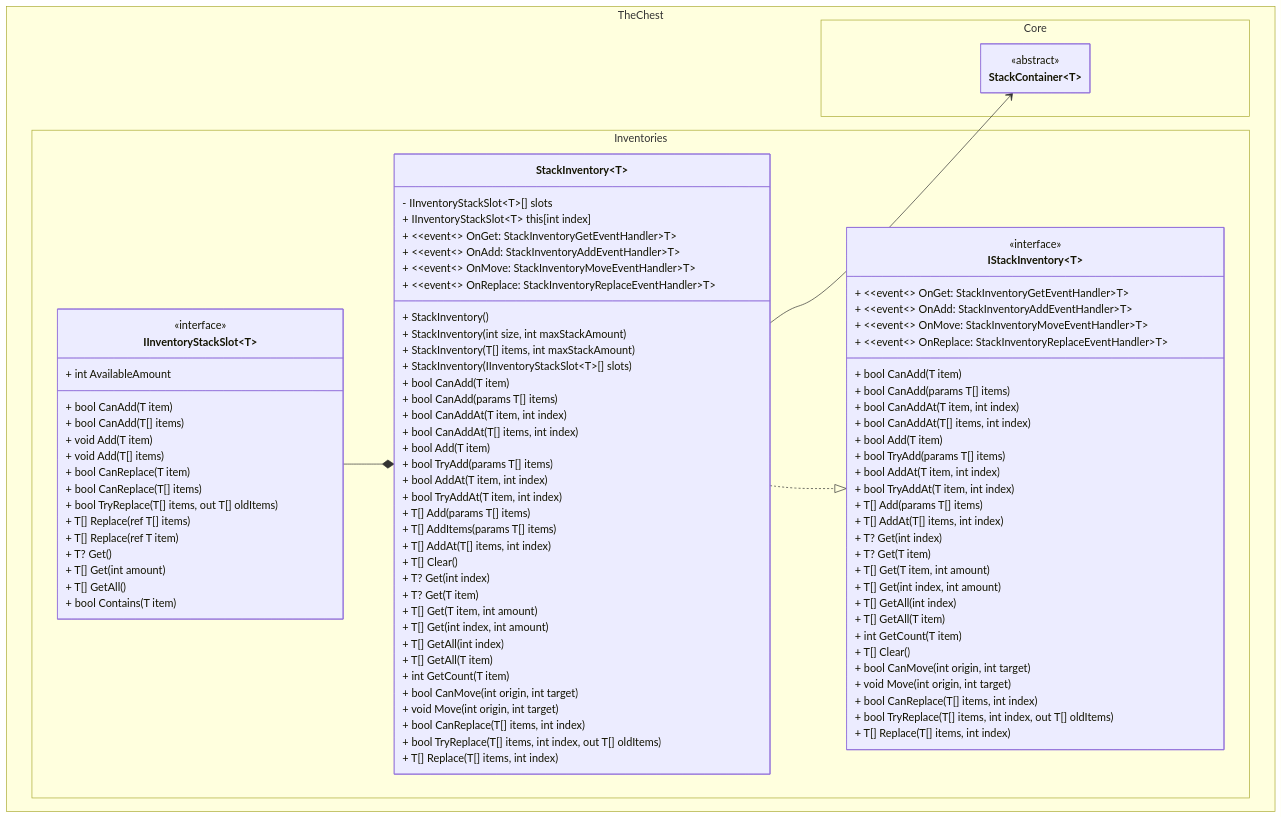
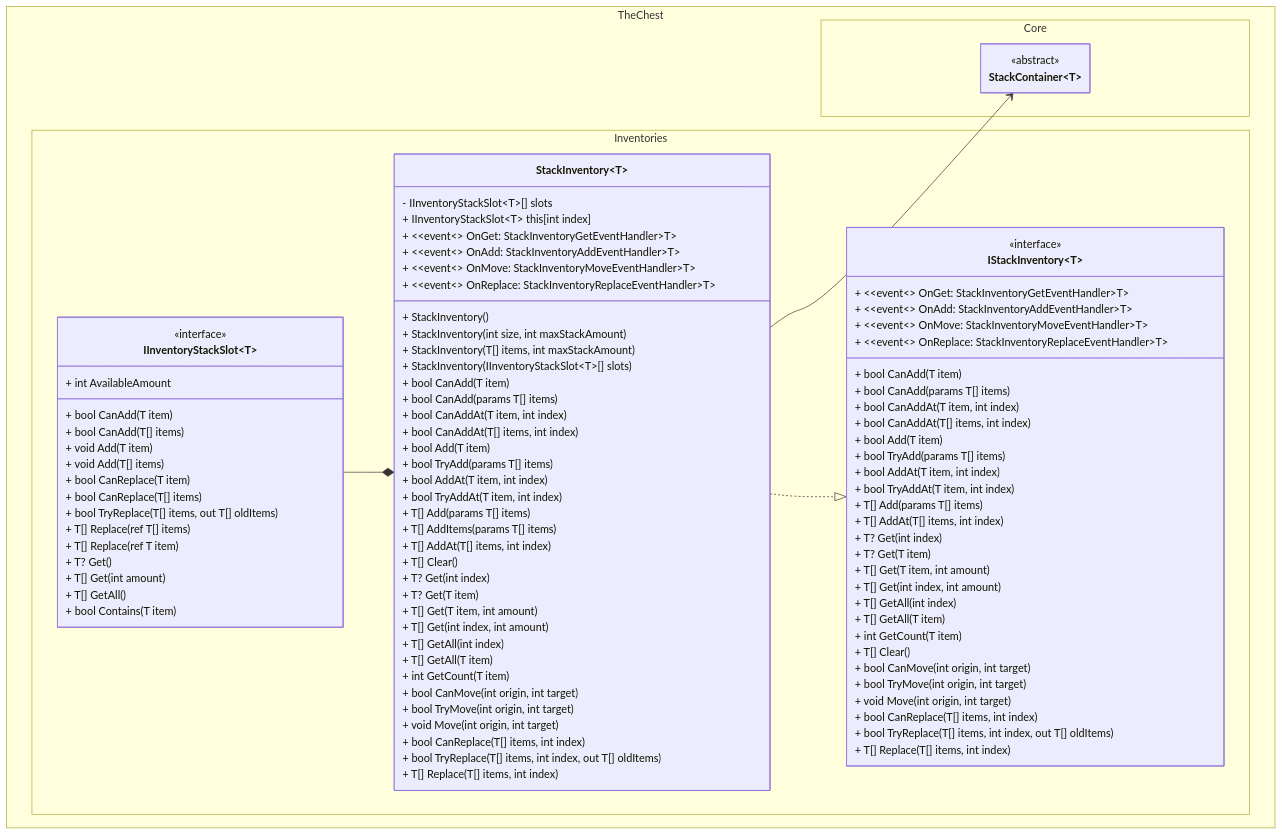
One commit to The-Chest/TheChest.Inventories changed the first of 2 diagrams in docs/stack_inventory/class_diagram.md. Above: the diagram before and after it, drawn with Mermaid. The commit also changed 4 other files, not shown here.

```diff
--- a/docs/stack_inventory/class_diagram.md
+++ b/docs/stack_inventory/class_diagram.md
@@ -57,6 +57,7 @@
             + int GetCount(T item)
 
             + bool CanMove(int origin, int target)
+            + bool TryMove(int origin, int target)
             + void Move(int origin, int target)
 
             + bool CanReplace(T[] items, int index)
@@ -113,6 +114,7 @@
             + T[] Clear()
 
             + bool CanMove(int origin, int target)
+            + bool TryMove(int origin, int target)
             + void Move(int origin, int target)
 
             + bool CanReplace(T[] items, int index)
```
